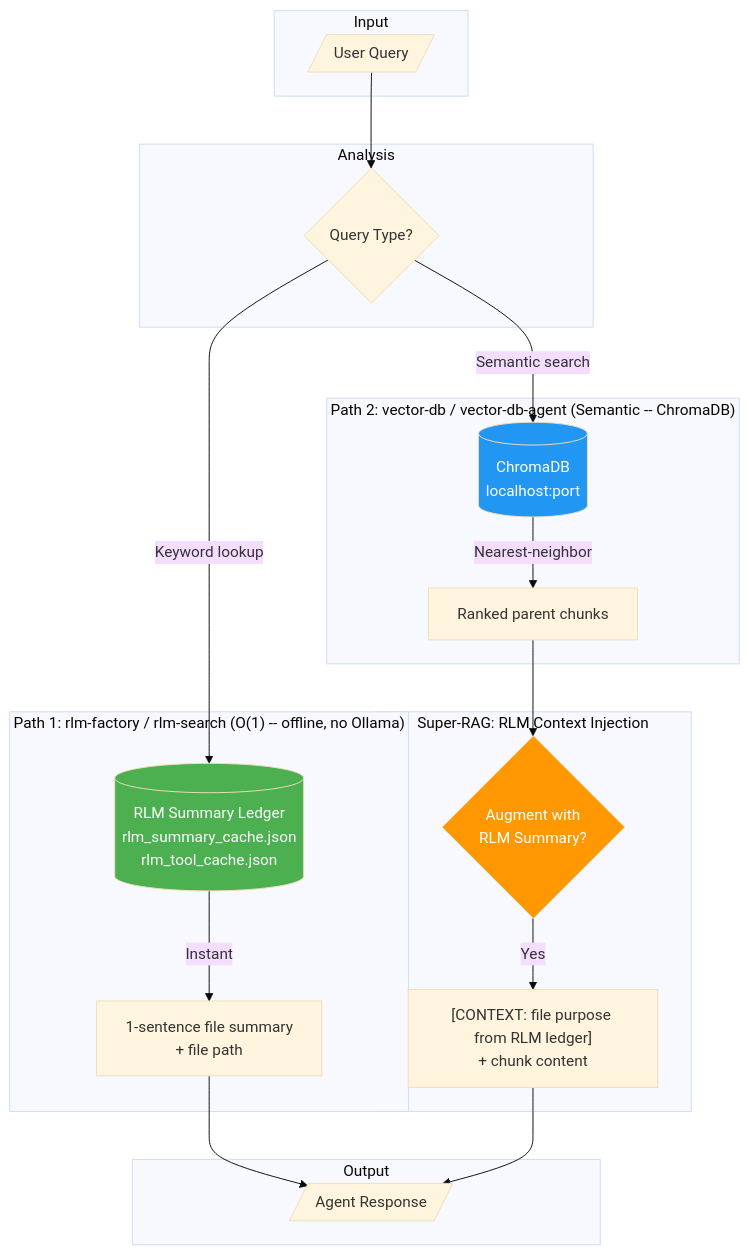
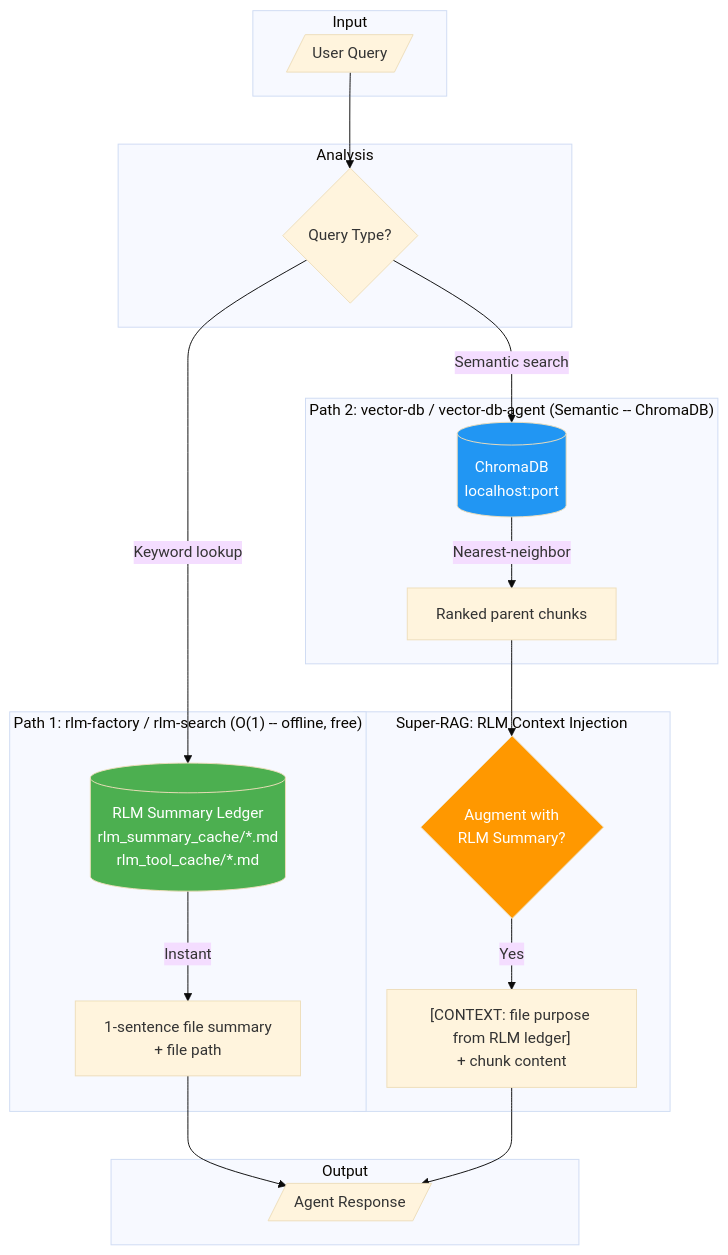
The diagram in plugins/rlm-factory/assets/diagrams/rlm-factory-dual-path.mmd (richfrem/agent-plugins-skills), drawn with Mermaid (base theme) before and after one commit. The commit also changed 190 other files, not shown here.

Commit message:
Retrofit rlm-factory to file-system native architecture and swarm-based distillation

```diff
--- a/plugins/rlm-factory/assets/diagrams/rlm-factory-dual-path.mmd
+++ b/plugins/rlm-factory/assets/diagrams/rlm-factory-dual-path.mmd
@@ -1,32 +1,32 @@
 flowchart TD
     subgraph Input
         Q[/"User Query"/]
     end
 
     subgraph Analysis
         Q --> D{Query Type?}
     end
 
-    subgraph Path1["Path 1: rlm-factory / rlm-search (O(1) -- offline, no Ollama)"]
-        D -->|"Keyword lookup"| RLM[("RLM Summary Ledger<BR>rlm_summary_cache.json<BR>rlm_tool_cache.json")]
+    subgraph Path1["Path 1: rlm-factory / rlm-search (O(1) -- offline, free)"]
+        D -->|"Keyword lookup"| RLM[("RLM Summary Ledger<BR>rlm_summary_cache/*.md<BR>rlm_tool_cache/*.md")]
         RLM -->|"Instant"| S1["1-sentence file summary<BR>+ file path"]
     end
 
     subgraph Path2["Path 2: vector-db / vector-db-agent (Semantic -- ChromaDB)"]
         D -->|"Semantic search"| VDB[("ChromaDB<BR>localhost:port")]
         VDB -->|"Nearest-neighbor"| S2[Ranked parent chunks]
     end
 
     subgraph SuperRAG["Super-RAG: RLM Context Injection"]
         S2 --> INJ{Augment with<br/>RLM Summary?}
         INJ -->|Yes| AUG["[CONTEXT: file purpose from RLM ledger]<br/>+ chunk content"]
     end
 
     subgraph Output
         S1 --> R[/"Agent Response"/]
         AUG --> R
     end
 
     style RLM fill:#4CAF50,color:#fff
     style VDB fill:#2196F3,color:#fff
     style INJ fill:#FF9800,color:#fff
```
